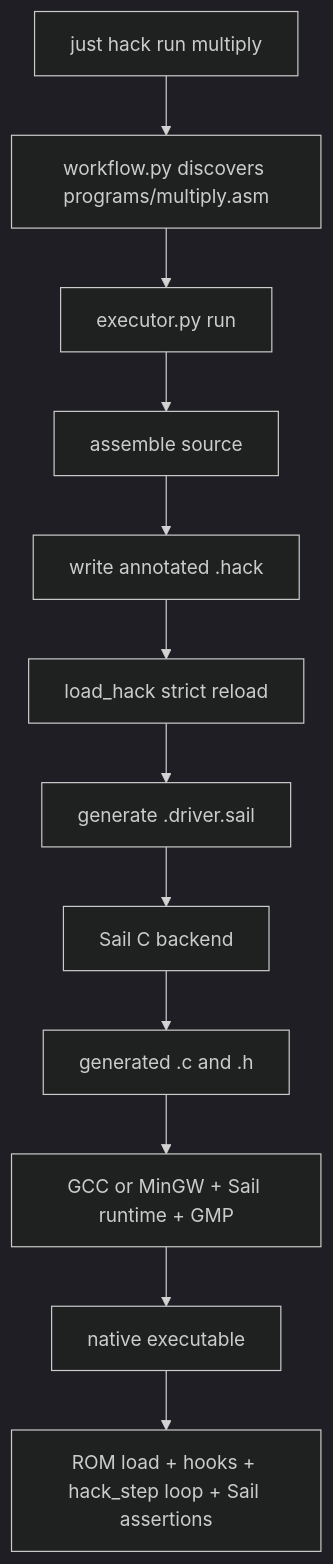
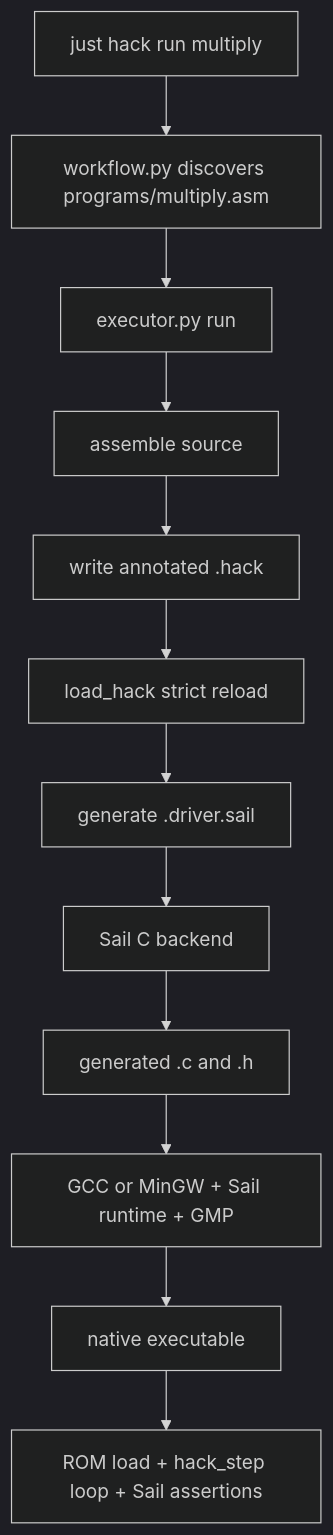
Before and after one commit to VIDLG/verylogic-workspace-sail: the first of 2 diagrams in site/docs/zh/hack/execution.mdx, drawn with Mermaid (dark theme). The commit also changed other lines of this file and 19 other files, not shown here.

````diff
--- a/site/docs/zh/hack/execution.mdx
+++ b/site/docs/zh/hack/execution.mdx
@@ -17,14 +18,14 @@
 ```mermaid
 flowchart TD
     Just[just hack run multiply] --> Workflow[workflow.py discovers programs/multiply.asm]
     Workflow --> Executor[executor.py run]
     Executor --> Assemble[assemble source]
     Assemble --> Hack[write annotated .hack]
     Hack --> Reload[load_hack strict reload]
     Reload --> Driver[generate .driver.sail]
     Driver --> Sail[Sail C backend]
     Sail --> C[generated .c and .h]
     C --> Compiler[GCC or MinGW + Sail runtime + GMP]
     Compiler --> Native[native executable]
-    Native --> Result[ROM load + hooks + hack_step loop + Sail assertions]
+    Native --> Result[ROM load + hack_step loop + Sail assertions]
 ```
````
